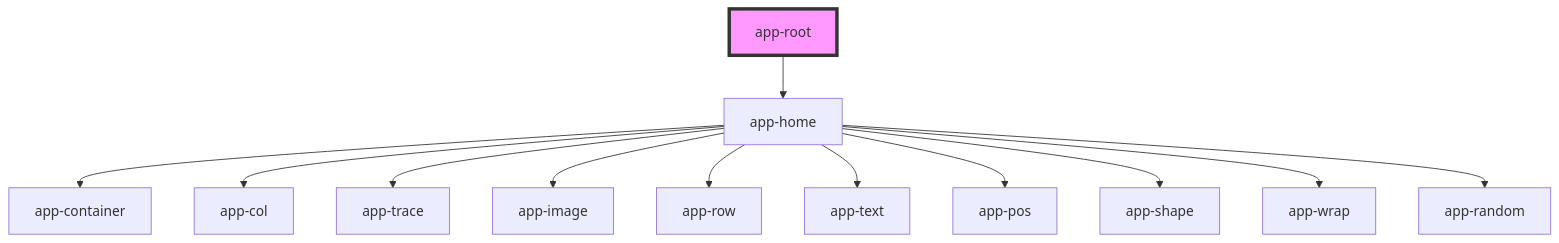
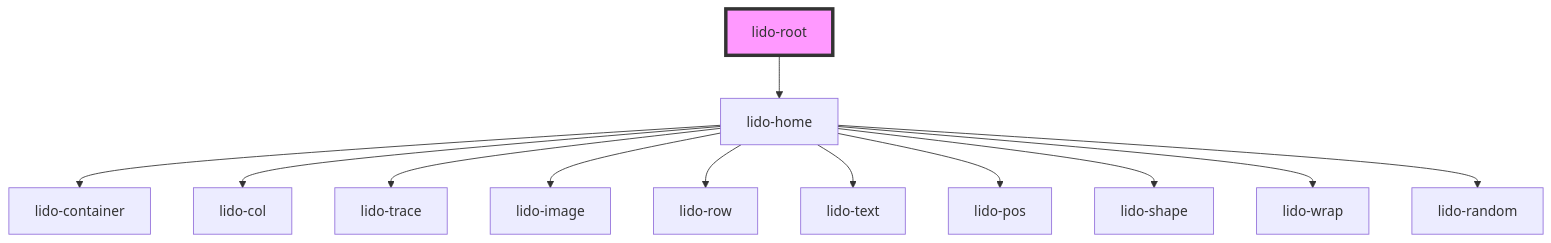
Before and after one commit to chimple/lido-player: the diagram in src/components/root/readme.md, drawn with Mermaid. The commit also changed other lines of this file and 40 other files, not shown here.

````diff
--- a/src/components/root/readme.md
+++ b/src/components/root/readme.md
@@ -25,15 +25,15 @@
 ```mermaid
 graph TD;
-  app-root --> app-home
-  app-home --> app-container
-  app-home --> app-col
-  app-home --> app-trace
-  app-home --> app-image
-  app-home --> app-row
-  app-home --> app-text
-  app-home --> app-pos
-  app-home --> app-shape
-  app-home --> app-wrap
-  app-home --> app-random
-  style app-root fill:#f9f,stroke:#333,stroke-width:4px
+  lido-root --> lido-home
+  lido-home --> lido-container
+  lido-home --> lido-col
+  lido-home --> lido-trace
+  lido-home --> lido-image
+  lido-home --> lido-row
+  lido-home --> lido-text
+  lido-home --> lido-pos
+  lido-home --> lido-shape
+  lido-home --> lido-wrap
+  lido-home --> lido-random
+  style lido-root fill:#f9f,stroke:#333,stroke-width:4px
 ```
````
